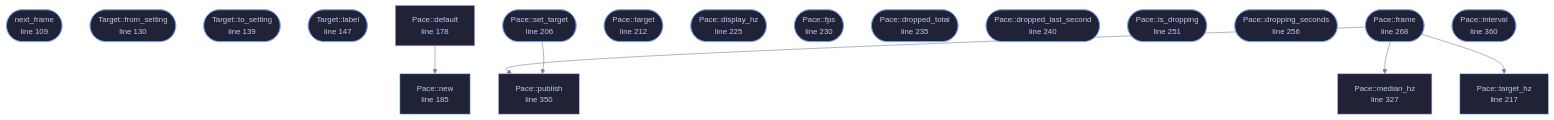
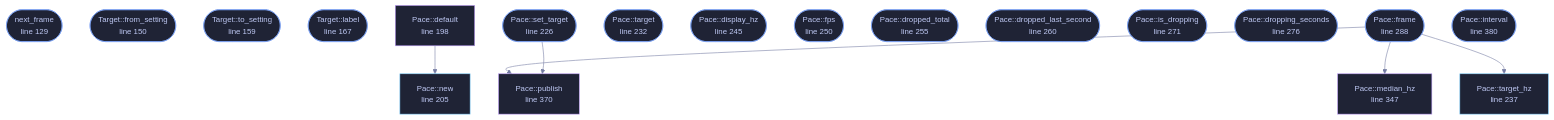
One commit to tilas01/veilvoice changed the diagram in docs/files/veilvoice-gui/pace.md. Above: the diagram before and after it, drawn with Mermaid. The commit also changed other lines of this file and 18 other files, not shown here.

````diff
--- a/docs/files/veilvoice-gui/pace.md
+++ b/docs/files/veilvoice-gui/pace.md
@@ -131,53 +131,53 @@
 ```mermaid
 %%{init: {"theme":"base","themeVariables":{"background":"#1a1b26","primaryColor":"#1f2335","primaryTextColor":"#c0caf5","primaryBorderColor":"#7aa2f7","secondaryColor":"#16161e","tertiaryColor":"#16161e","lineColor":"#737aa2","textColor":"#c0caf5","mainBkg":"#1f2335","nodeBorder":"#7aa2f7","clusterBkg":"#16161e","clusterBorder":"#2f3549","fontFamily":"ui-monospace, SFMono-Regular, Consolas, monospace","fontSize":"14px"}}}%%
 flowchart TD
-    n_next_frame(["next_frame<br/>line 109"])
-    n_from_setting(["Target::from_setting<br/>line 130"])
-    n_to_setting(["Target::to_setting<br/>line 139"])
-    n_label(["Target::label<br/>line 147"])
-    n_default["Pace::default<br/>line 178"]
-    n_new["Pace::new<br/>line 185"]
-    n_set_target(["Pace::set_target<br/>line 206"])
-    n_target(["Pace::target<br/>line 212"])
-    n_target_hz["Pace::target_hz<br/>line 217"]
-    n_display_hz(["Pace::display_hz<br/>line 225"])
-    n_fps(["Pace::fps<br/>line 230"])
-    n_dropped_total(["Pace::dropped_total<br/>line 235"])
-    n_dropped_last_second(["Pace::dropped_last_second<br/>line 240"])
-    n_is_dropping(["Pace::is_dropping<br/>line 251"])
-    n_dropping_seconds(["Pace::dropping_seconds<br/>line 256"])
-    n_frame(["Pace::frame<br/>line 268"])
-    n_median_hz["Pace::median_hz<br/>line 327"]
-    n_publish["Pace::publish<br/>line 350"]
-    n_interval(["Pace::interval<br/>line 360"])
+    n_next_frame(["next_frame<br/>line 129"])
+    n_from_setting(["Target::from_setting<br/>line 150"])
+    n_to_setting(["Target::to_setting<br/>line 159"])
+    n_label(["Target::label<br/>line 167"])
+    n_default["Pace::default<br/>line 198"]
+    n_new["Pace::new<br/>line 205"]
+    n_set_target(["Pace::set_target<br/>line 226"])
+    n_target(["Pace::target<br/>line 232"])
+    n_target_hz["Pace::target_hz<br/>line 237"]
+    n_display_hz(["Pace::display_hz<br/>line 245"])
+    n_fps(["Pace::fps<br/>line 250"])
+    n_dropped_total(["Pace::dropped_total<br/>line 255"])
+    n_dropped_last_second(["Pace::dropped_last_second<br/>line 260"])
+    n_is_dropping(["Pace::is_dropping<br/>line 271"])
+    n_dropping_seconds(["Pace::dropping_seconds<br/>line 276"])
+    n_frame(["Pace::frame<br/>line 288"])
+    n_median_hz["Pace::median_hz<br/>line 347"]
+    n_publish["Pace::publish<br/>line 370"]
+    n_interval(["Pace::interval<br/>line 380"])
     n_default --> n_new
     n_frame --> n_median_hz
     n_frame --> n_publish
     n_frame --> n_target_hz
     n_set_target --> n_publish
-    click n_next_frame href "https://github.com/tilas01/veilvoice/blob/main/crates/veilvoice-gui/src/pace.rs#L109" "open the source"
-    click n_from_setting href "https://github.com/tilas01/veilvoice/blob/main/crates/veilvoice-gui/src/pace.rs#L130" "open the source"
-    click n_to_setting href "https://github.com/tilas01/veilvoice/blob/main/crates/veilvoice-gui/src/pace.rs#L139" "open the source"
-    click n_label href "https://github.com/tilas01/veilvoice/blob/main/crates/veilvoice-gui/src/pace.rs#L147" "open the source"
-    click n_default href "https://github.com/tilas01/veilvoice/blob/main/crates/veilvoice-gui/src/pace.rs#L178" "open the source"
-    click n_new href "https://github.com/tilas01/veilvoice/blob/main/crates/veilvoice-gui/src/pace.rs#L185" "open the source"
-    click n_set_target href "https://github.com/tilas01/veilvoice/blob/main/crates/veilvoice-gui/src/pace.rs#L206" "open the source"
-    click n_target href "https://github.com/tilas01/veilvoice/blob/main/crates/veilvoice-gui/src/pace.rs#L212" "open the source"
-    click n_target_hz href "https://github.com/tilas01/veilvoice/blob/main/crates/veilvoice-gui/src/pace.rs#L217" "open the source"
-    click n_display_hz href "https://github.com/tilas01/veilvoice/blob/main/crates/veilvoice-gui/src/pace.rs#L225" "open the source"
-    click n_fps href "https://github.com/tilas01/veilvoice/blob/main/crates/veilvoice-gui/src/pace.rs#L230" "open the source"
-    click n_dropped_total href "https://github.com/tilas01/veilvoice/blob/main/crates/veilvoice-gui/src/pace.rs#L235" "open the source"
-    click n_dropped_last_second href "https://github.com/tilas01/veilvoice/blob/main/crates/veilvoice-gui/src/pace.rs#L240" "open the source"
-    click n_is_dropping href "https://github.com/tilas01/veilvoice/blob/main/crates/veilvoice-gui/src/pace.rs#L251" "open the source"
-    click n_dropping_seconds href "https://github.com/tilas01/veilvoice/blob/main/crates/veilvoice-gui/src/pace.rs#L256" "open the source"
-    click n_frame href "https://github.com/tilas01/veilvoice/blob/main/crates/veilvoice-gui/src/pace.rs#L268" "open the source"
-    click n_median_hz href "https://github.com/tilas01/veilvoice/blob/main/crates/veilvoice-gui/src/pace.rs#L327" "open the source"
-    click n_publish href "https://github.com/tilas01/veilvoice/blob/main/crates/veilvoice-gui/src/pace.rs#L350" "open the source"
-    click n_interval href "https://github.com/tilas01/veilvoice/blob/main/crates/veilvoice-gui/src/pace.rs#L360" "open the source"
+    click n_next_frame href "https://github.com/tilas01/veilvoice/blob/main/crates/veilvoice-gui/src/pace.rs#L129" "open the source"
+    click n_from_setting href "https://github.com/tilas01/veilvoice/blob/main/crates/veilvoice-gui/src/pace.rs#L150" "open the source"
+    click n_to_setting href "https://github.com/tilas01/veilvoice/blob/main/crates/veilvoice-gui/src/pace.rs#L159" "open the source"
+    click n_label href "https://github.com/tilas01/veilvoice/blob/main/crates/veilvoice-gui/src/pace.rs#L167" "open the source"
+    click n_default href "https://github.com/tilas01/veilvoice/blob/main/crates/veilvoice-gui/src/pace.rs#L198" "open the source"
+    click n_new href "https://github.com/tilas01/veilvoice/blob/main/crates/veilvoice-gui/src/pace.rs#L205" "open the source"
+    click n_set_target href "https://github.com/tilas01/veilvoice/blob/main/crates/veilvoice-gui/src/pace.rs#L226" "open the source"
+    click n_target href "https://github.com/tilas01/veilvoice/blob/main/crates/veilvoice-gui/src/pace.rs#L232" "open the source"
+    click n_target_hz href "https://github.com/tilas01/veilvoice/blob/main/crates/veilvoice-gui/src/pace.rs#L237" "open the source"
+    click n_display_hz href "https://github.com/tilas01/veilvoice/blob/main/crates/veilvoice-gui/src/pace.rs#L245" "open the source"
+    click n_fps href "https://github.com/tilas01/veilvoice/blob/main/crates/veilvoice-gui/src/pace.rs#L250" "open the source"
+    click n_dropped_total href "https://github.com/tilas01/veilvoice/blob/main/crates/veilvoice-gui/src/pace.rs#L255" "open the source"
+    click n_dropped_last_second href "https://github.com/tilas01/veilvoice/blob/main/crates/veilvoice-gui/src/pace.rs#L260" "open the source"
+    click n_is_dropping href "https://github.com/tilas01/veilvoice/blob/main/crates/veilvoice-gui/src/pace.rs#L271" "open the source"
+    click n_dropping_seconds href "https://github.com/tilas01/veilvoice/blob/main/crates/veilvoice-gui/src/pace.rs#L276" "open the source"
+    click n_frame href "https://github.com/tilas01/veilvoice/blob/main/crates/veilvoice-gui/src/pace.rs#L288" "open the source"
+    click n_median_hz href "https://github.com/tilas01/veilvoice/blob/main/crates/veilvoice-gui/src/pace.rs#L347" "open the source"
+    click n_publish href "https://github.com/tilas01/veilvoice/blob/main/crates/veilvoice-gui/src/pace.rs#L370" "open the source"
+    click n_interval href "https://github.com/tilas01/veilvoice/blob/main/crates/veilvoice-gui/src/pace.rs#L380" "open the source"
     classDef entry fill:#1f2335,stroke:#7aa2f7,color:#c0caf5
     class n_next_frame,n_from_setting,n_to_setting,n_label,n_set_target,n_target,n_display_hz,n_fps,n_dropped_total,n_dropped_last_second,n_is_dropping,n_dropping_seconds,n_frame,n_interval entry
     classDef api fill:#1f2335,stroke:#7dcfff,color:#c0caf5
     class n_new,n_target_hz api
     classDef helper fill:#1f2335,stroke:#bb9af7,color:#c0caf5
     class n_default,n_median_hz,n_publish helper
 ```
````
